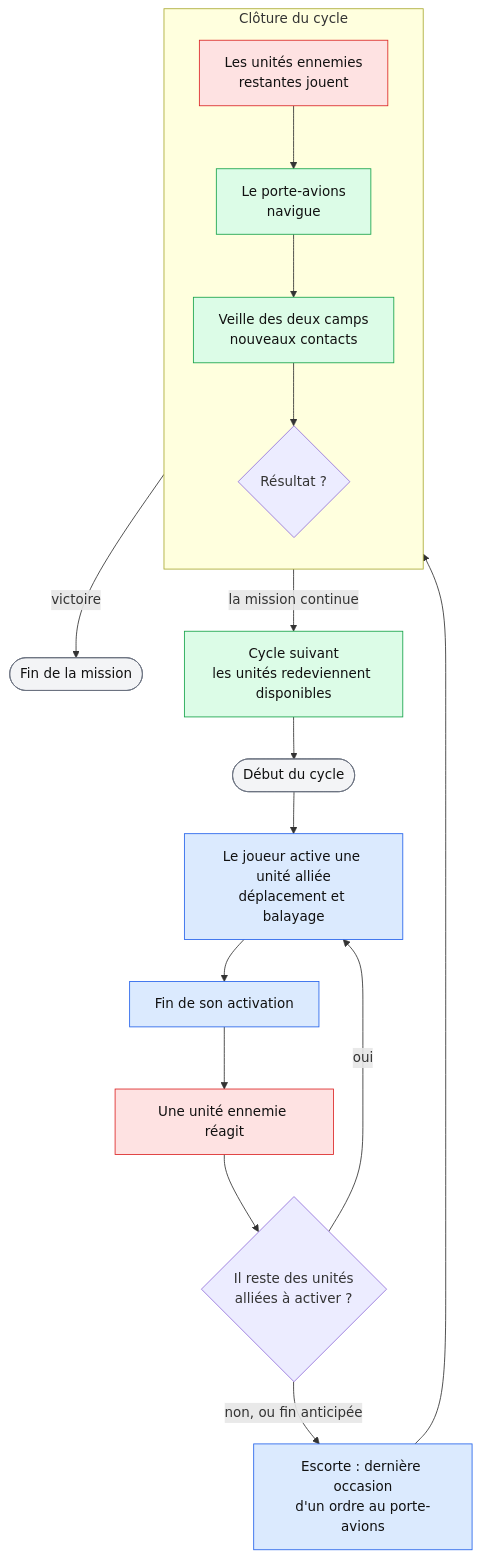
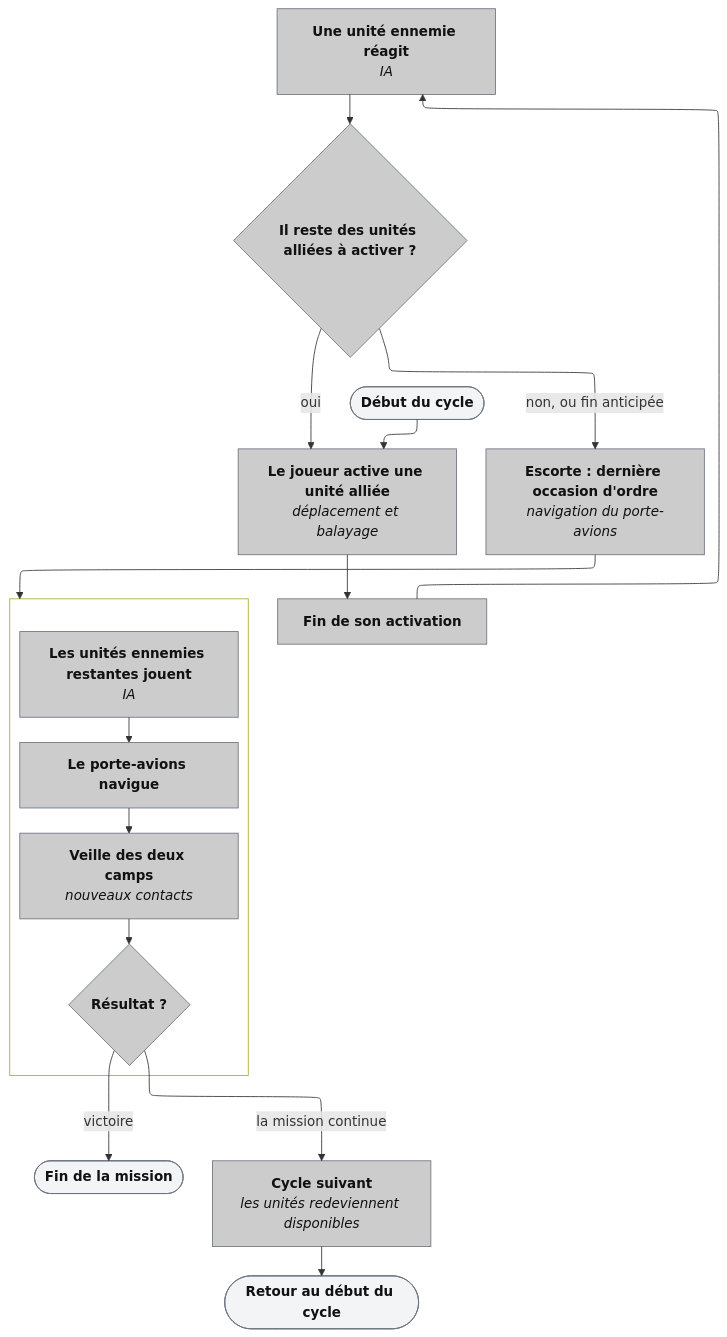
One commit to peangoulvant/Tacticoop changed the diagram in docs/diagrams/04-cycle.md. Above: the diagram before and after it, drawn with Mermaid. The commit also changed 8 other files, not shown here.

First line of the commit message:
Diagrammes : style gris uni, libellés nom en gras et explication en italique, disposition ELK (d'après 01-architecture)

````diff
--- a/docs/diagrams/04-cycle.md
+++ b/docs/diagrams/04-cycle.md
@@ -5,28 +5,32 @@
 ```mermaid
+---
+config:
+  layout: elk
+---
 flowchart TB
-    debut(["Début du cycle"]):::etape --> act["Le joueur active une unité alliée<br/>déplacement et balayage"]:::joueur
-    act --> fin["Fin de son activation"]:::joueur
-    fin --> reac["Une unité ennemie réagit"]:::ia
-    reac --> reste{"Il reste des unités<br/>alliées à activer ?"}
+    debut(["`**Début du cycle**`"]):::ext --> act["`**Le joueur active une unité alliée**<br>*déplacement et balayage*`"]:::ui
+    act --> fin["`**Fin de son activation**`"]:::ui
+    fin --> reac["`**Une unité ennemie réagit**<br>*IA*`"]:::ui
+    reac --> reste{"`**Il reste des unités alliées à activer ?**`"}:::ui
     reste -->|"oui"| act
-    reste -->|"non, ou fin anticipée"| ordre["Escorte : dernière occasion<br/>d'un ordre au porte-avions"]:::joueur
+    reste -->|"non, ou fin anticipée"| ordre["`**Escorte : dernière occasion d'ordre**<br>*navigation du porte-avions*`"]:::ui
     ordre --> cloture
 
-    subgraph cloture["Clôture du cycle"]
+    subgraph cloture["`**Clôture du cycle**`"]
         direction TB
-        c1["Les unités ennemies<br/>restantes jouent"]:::ia
-        c2["Le porte-avions<br/>navigue"]:::moteur
-        c3["Veille des deux camps<br/>nouveaux contacts"]:::moteur
-        c4{"Résultat ?"}
+        c1["`**Les unités ennemies restantes jouent**<br>*IA*`"]:::ui
+        c2["`**Le porte-avions navigue**`"]:::ui
+        c3["`**Veille des deux camps**<br>*nouveaux contacts*`"]:::ui
+        c4{"`**Résultat ?**`"}:::ui
         c1 --> c2 --> c3 --> c4
     end
 
-    c4 -->|"victoire"| victoire(["Fin de la mission"]):::etape
-    c4 -->|"la mission continue"| suivant["Cycle suivant<br/>les unités redeviennent disponibles"]:::moteur
-    suivant --> debut
+    c4 -->|"victoire"| victoire(["`**Fin de la mission**`"]):::ext
+    c4 -->|"la mission continue"| suivant["`**Cycle suivant**<br>*les unités redeviennent disponibles*`"]:::ui
+    suivant --> retour(["`**Retour au début du cycle**`"]):::ext
 
-    classDef etape fill:#f3f4f6,stroke:#6b7280,color:#111
-    classDef joueur fill:#dbeafe,stroke:#2563eb,color:#111
-    classDef ia fill:#fee2e2,stroke:#dc2626,color:#111
-    classDef moteur fill:#dcfce7,stroke:#16a34a,color:#111
+    style cloture stroke:#fffff,fill:transparent,color:#ffffff
+
+    classDef ui fill:#cccccc,stroke:#6b7280,color:#111
+    classDef ext fill:#f3f4f6,stroke:#6b7280,color:#111
 ```
````
